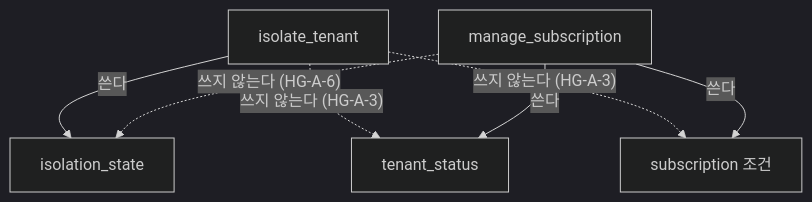
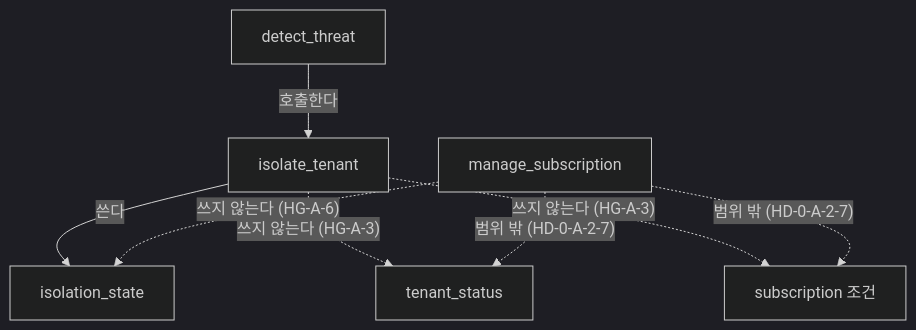
The fifth of 7 diagrams in docs/600000_implementation_lifecycle/601800_tenant_lifecycle_rpc_alignment/601803_Diagram_Tenant_Lifecycle_State_Machine.md (mirunubi/yoonsul_wait_order_handoff), drawn with Mermaid (dark theme) before and after one commit. The commit also changed other lines of this file, not shown here.

````diff
--- a/docs/600000_implementation_lifecycle/601800_tenant_lifecycle_rpc_alignment/601803_Diagram_Tenant_Lifecycle_State_Machine.md
+++ b/docs/600000_implementation_lifecycle/601800_tenant_lifecycle_rpc_alignment/601803_Diagram_Tenant_Lifecycle_State_Machine.md
@@ -193,9 +309,10 @@
 ```mermaid
 graph TD
     F1["isolate_tenant"] -->|"쓴다"| S2["isolation_state"]
     F1 -.->|"쓰지 않는다 (HG-A-3)"| S1["tenant_status"]
     F1 -.->|"쓰지 않는다 (HG-A-3)"| S3["subscription 조건"]
-    F2["manage_subscription"] -->|"쓴다"| S1
-    F2 -->|"쓴다"| S3
+    F3["detect_threat"] -->|"호출한다"| F1
+    F2["manage_subscription"] -.->|"범위 밖 (HD-0-A-2-7)"| S1
+    F2 -.->|"범위 밖 (HD-0-A-2-7)"| S3
     F2 -.->|"쓰지 않는다 (HG-A-6)"| S2
 ```
````
